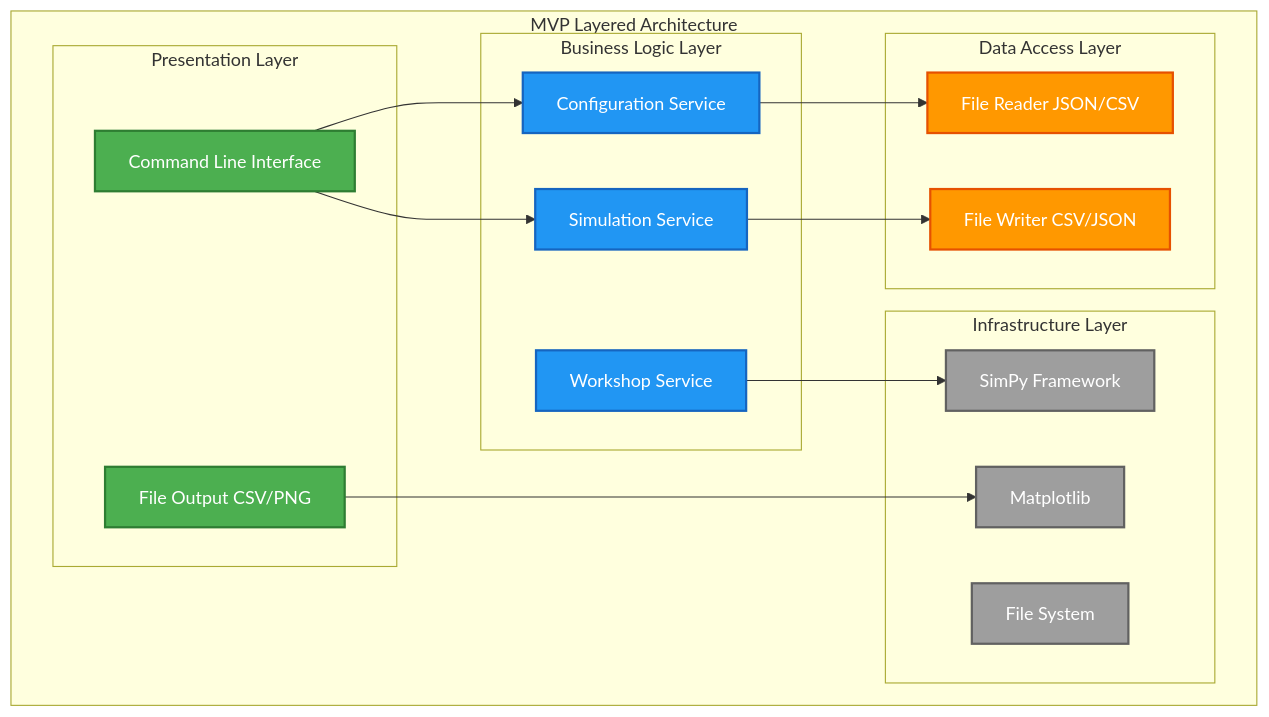
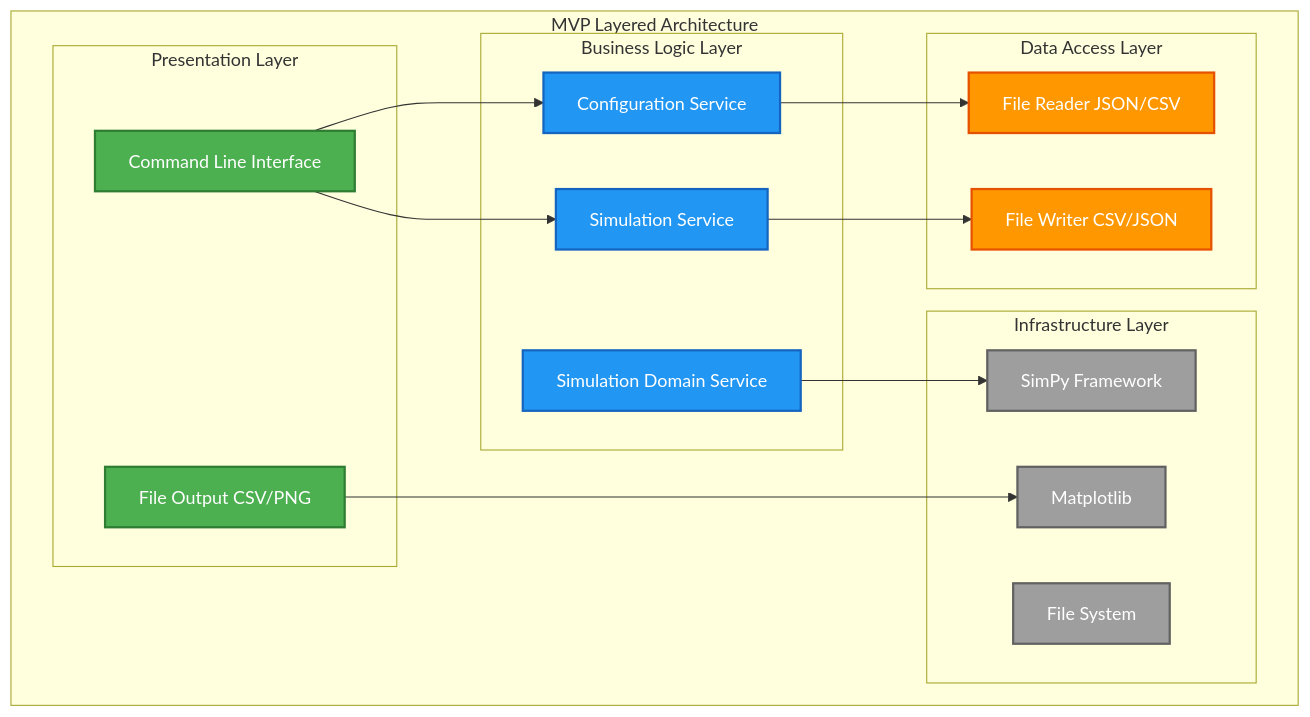
The second of 3 diagrams in docs/mvp/architecture/04-solution-strategy.md (OpenRailAssociation/dac-migration-dss-popupsim), drawn with Mermaid before and after one commit. The commit also changed other lines of this file and 19 other files, not shown here.

First line of the commit message:
docs(pages): 📝 update MVP architecture

````diff
--- a/docs/mvp/architecture/04-solution-strategy.md
+++ b/docs/mvp/architecture/04-solution-strategy.md
@@ -9,43 +59,43 @@
 ```mermaid
 graph TB
     subgraph "MVP Layered Architecture"
         subgraph "Presentation Layer"
             CLI[Command Line Interface]
             FileOutput[File Output CSV/PNG]
         end
 
         subgraph "Business Logic Layer"
             ConfigService[Configuration Service]
-            WorkshopService[Workshop Service]
+            DomainService[Simulation Domain Service]
             SimulationService[Simulation Service]
         end
 
         subgraph "Data Access Layer"
             FileReader[File Reader JSON/CSV]
             FileWriter[File Writer CSV/JSON]
         end
 
         subgraph "Infrastructure Layer"
             SimPy[SimPy Framework]
             Matplotlib[Matplotlib]
             FileSystem[File System]
         end
     end
 
     CLI --> ConfigService
     CLI --> SimulationService
     ConfigService --> FileReader
-    WorkshopService --> SimPy
+    DomainService --> SimPy
     SimulationService --> FileWriter
     FileOutput --> Matplotlib
 
     classDef presentation fill:#4caf50,stroke:#2e7d32,stroke-width:2px,color:#fff
     classDef business fill:#2196f3,stroke:#1565c0,stroke-width:2px,color:#fff
     classDef data fill:#ff9800,stroke:#e65100,stroke-width:2px,color:#fff
     classDef infrastructure fill:#9e9e9e,stroke:#616161,stroke-width:2px,color:#fff
 
     class CLI,FileOutput presentation
-    class ConfigService,WorkshopService,SimulationService business
+    class ConfigService,DomainService,SimulationService business
     class FileReader,FileWriter data
     class SimPy,Matplotlib,FileSystem infrastructure
 ```
````
